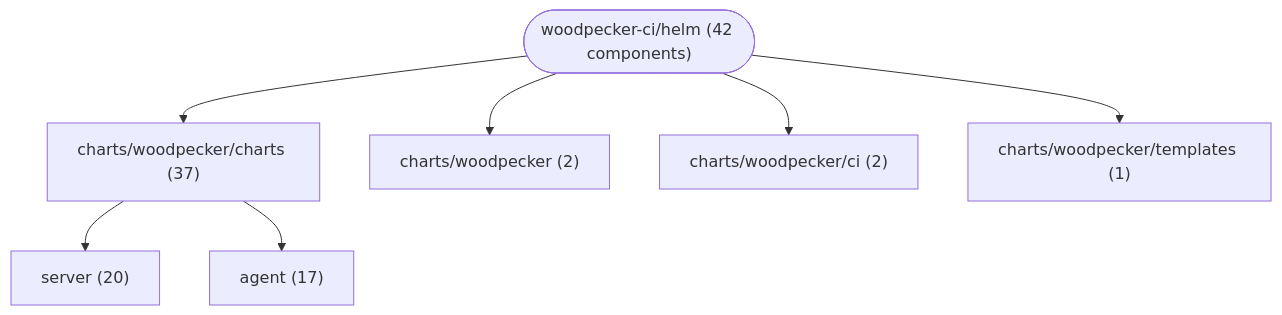
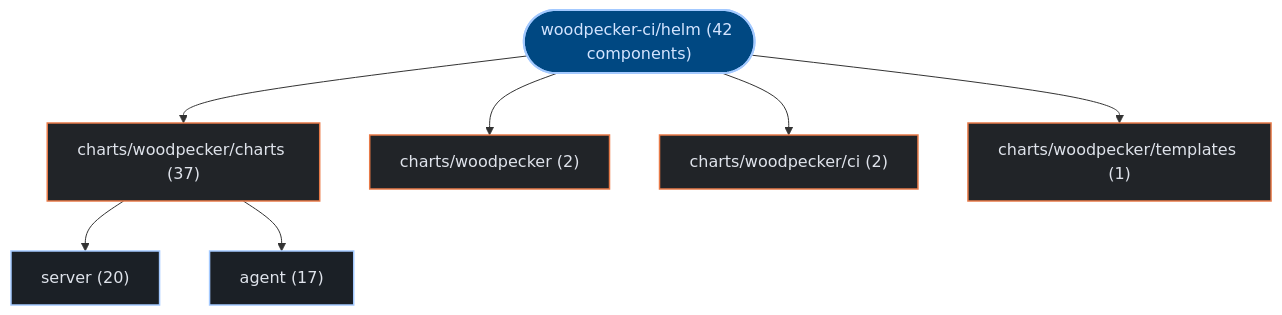
Before and after one commit to kumarshaz/atruss-code-atlas: the first of 2 diagrams in exports/latest/reports/woodpecker-ci-helm-report.md, drawn with Mermaid. The commit also changed other lines of this file and 331 other files, not shown here.

Commit message:
docs,ui,fix: update SDLC docs, reorder CI/CD DAG first, stylize Mermaid, and fix Arc42 pipeline topology

````diff
--- a/exports/latest/reports/woodpecker-ci-helm-report.md
+++ b/exports/latest/reports/woodpecker-ci-helm-report.md
@@ -42,16 +42,23 @@
 ```mermaid
 graph TD;
-    repo_root(["woodpecker-ci/helm (42 components)"])
-    dir_0_charts_woodpecker_charts["charts/woodpecker/charts (37)"]
+  classDef atlasRoot fill:#004882,stroke:#a3c9ff,stroke-width:2px,color:#d3e4ff
+  classDef atlasCategory fill:#212428,stroke:#E87A48,stroke-width:1.5px,color:#dfe3eb
+  classDef atlasWorkflow fill:#1b2026,stroke:#a3c9ff,stroke-width:1.5px,color:#dfe3eb
+  classDef atlasJob fill:#171c22,stroke:#8d9199,stroke-width:1px,color:#dfe3eb
+  classDef atlasTarget fill:#005227,stroke:#8bd99b,stroke-width:1.5px,color:#a7f6b6
+  classDef atlasAlert fill:#93000a,stroke:#ffb4ab,stroke-width:1.5px,color:#ffdad6
+  classDef atlasMore fill:#252a31,stroke:#8d9199,stroke-dasharray:4 4,color:#c3c6cf
+    repo_root(["woodpecker-ci/helm (42 components)"]):::atlasRoot
+    dir_0_charts_woodpecker_charts["charts/woodpecker/charts (37)"]:::atlasCategory
     repo_root --> dir_0_charts_woodpecker_charts
-    sub_0_0_server["server (20)"]
+    sub_0_0_server["server (20)"]:::atlasWorkflow
     dir_0_charts_woodpecker_charts --> sub_0_0_server
-    sub_0_1_agent["agent (17)"]
+    sub_0_1_agent["agent (17)"]:::atlasWorkflow
     dir_0_charts_woodpecker_charts --> sub_0_1_agent
-    dir_1_charts_woodpecker["charts/woodpecker (2)"]
+    dir_1_charts_woodpecker["charts/woodpecker (2)"]:::atlasCategory
     repo_root --> dir_1_charts_woodpecker
-    dir_2_charts_woodpecker_ci["charts/woodpecker/ci (2)"]
+    dir_2_charts_woodpecker_ci["charts/woodpecker/ci (2)"]:::atlasCategory
     repo_root --> dir_2_charts_woodpecker_ci
-    dir_3_charts_woodpecker_templates["charts/woodpecker/templates (1)"]
+    dir_3_charts_woodpecker_templates["charts/woodpecker/templates (1)"]:::atlasCategory
     repo_root --> dir_3_charts_woodpecker_templates
 ```
````
